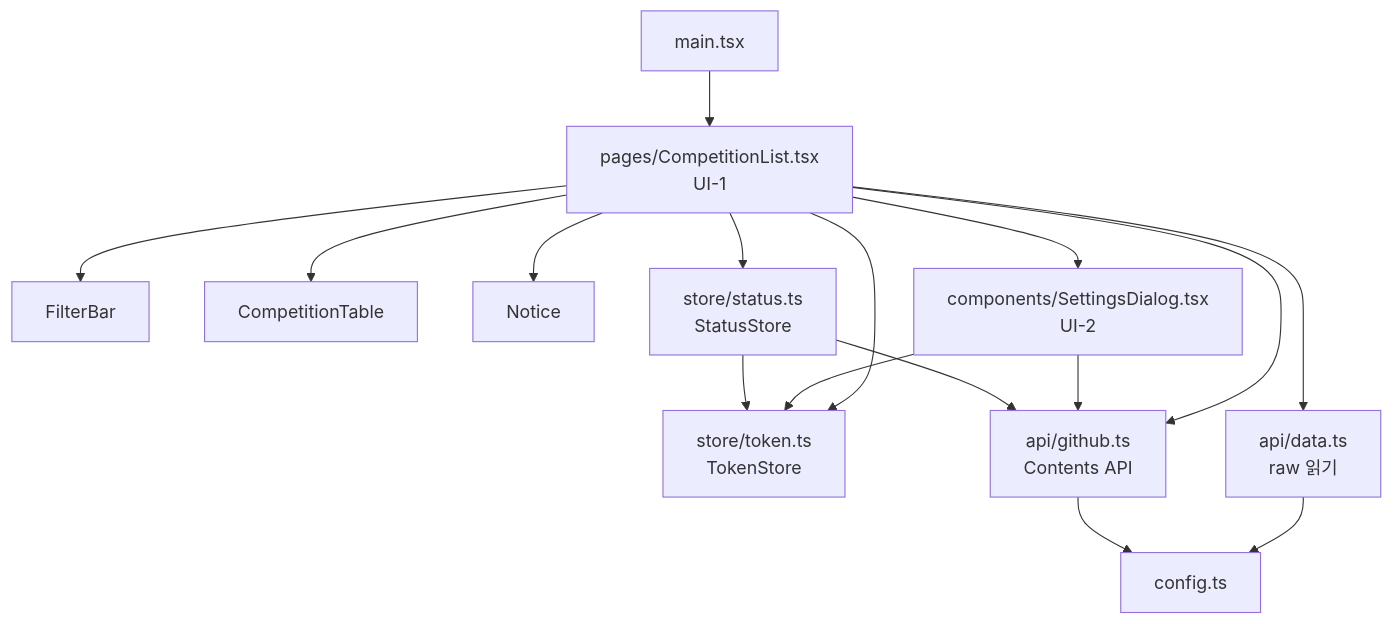
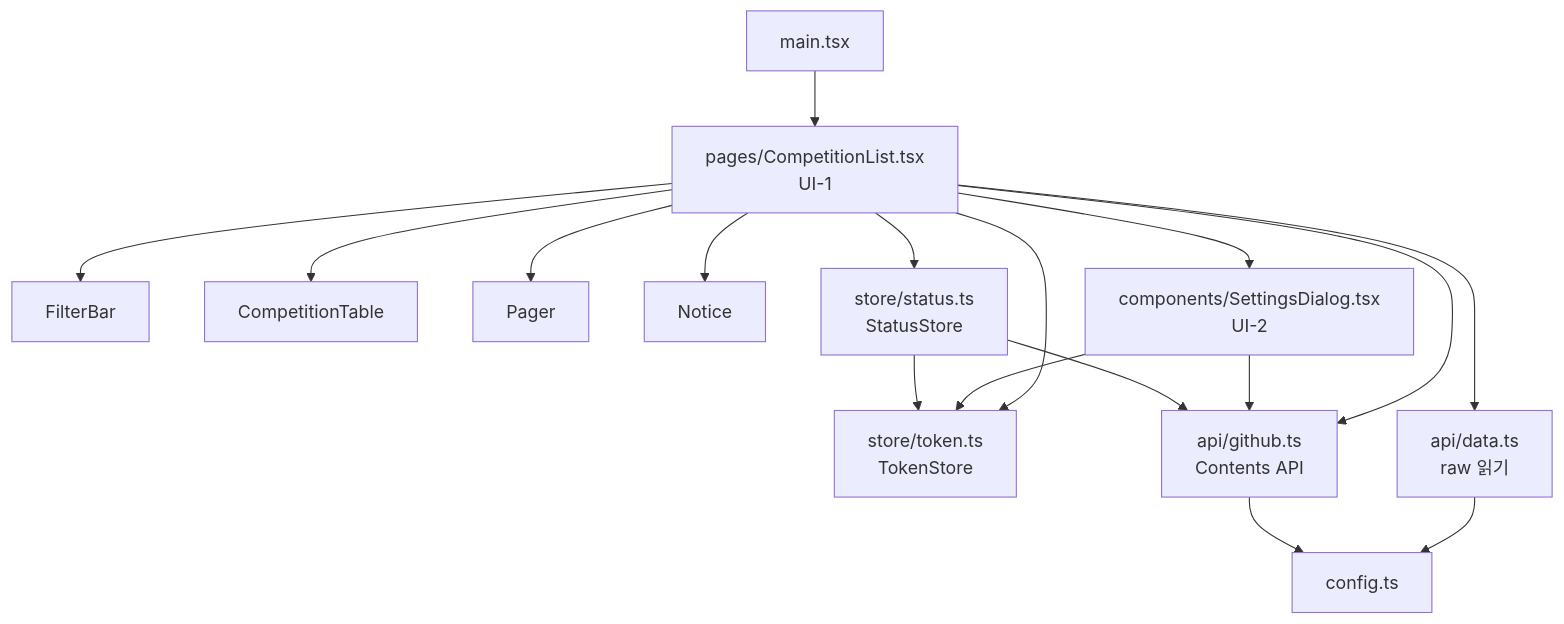
Before and after one commit to HoyoungParkme/competition-crawler: the eighth of 18 diagrams in docs/specs/06-DOM/CCR-DOM-002.md, drawn with Mermaid. The commit also changed other lines of this file, not shown here.

Commit message:
spec(DOM-002): 페이지에 쪽 나누기(Pager · 13) — 폴더 구조와 3.2에 Pager, 2.4 값 타입 PageOf, 4.11 CompetitionList의 page · pageSize 상태와 쪽 이동(거르기 · 개수 · 넘기기 · 펼치기), paginate · pageOfRow, 개수 기억 ccr.pageSize(사용자 요청 2026-10-01)

````diff
--- a/docs/specs/06-DOM/CCR-DOM-002.md
+++ b/docs/specs/06-DOM/CCR-DOM-002.md
@@ -410,30 +412,32 @@
 ```mermaid
 flowchart TB
     MAIN["main.tsx"]
     CL["pages/CompetitionList.tsx<br/>UI-1"]
     FB[FilterBar]
     CT[CompetitionTable]
+    PG[Pager]
     NT[Notice]
     SD["components/SettingsDialog.tsx<br/>UI-2"]
     ST["store/status.ts<br/>StatusStore"]
     TK["store/token.ts<br/>TokenStore"]
     DA["api/data.ts<br/>raw 읽기"]
     GH["api/github.ts<br/>Contents API"]
     CF["config.ts"]
 
     MAIN --> CL
     CL --> FB
     CL --> CT
+    CL --> PG
     CL --> NT
     CL --> SD
     CL --> DA
     CL --> GH
     CL --> ST
     CL --> TK
     SD --> TK
     SD --> GH
     ST --> GH
     ST --> TK
     DA --> CF
     GH --> CF
 ```
````
